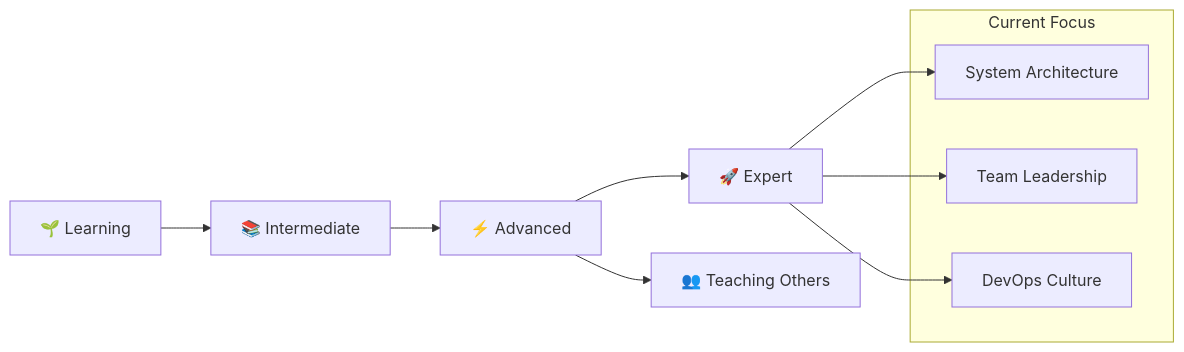
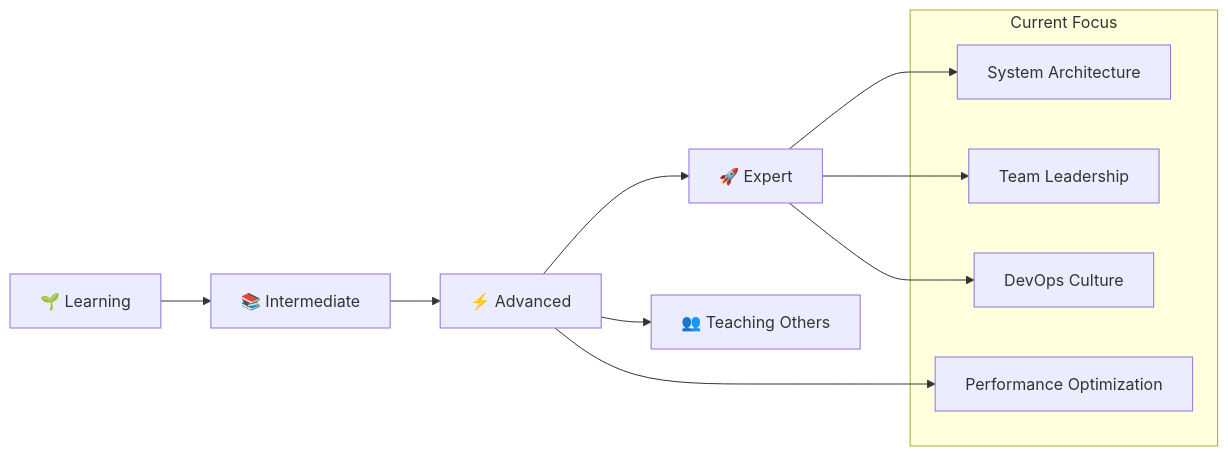
Before and after one commit to PHATCHARAPHON63/PHATCHARAPHON63: the diagram in README.md, drawn with Mermaid. The commit also changed other lines of this file, not shown here.

Commit message:
Enhance developer profile with detailed skills, achievements, and architecture examples (#1)

````diff
--- a/README.md
+++ b/README.md
@@ -172,17 +244,19 @@
 ```mermaid
 graph LR
     A[🌱 Learning] --> B[📚 Intermediate]
     B --> C[⚡ Advanced] 
     C --> D[🚀 Expert]
     C --> E[👥 Teaching Others]
     
     subgraph "Current Focus"
         F[System Architecture]
         G[Team Leadership]
         H[DevOps Culture]
+        I[Performance Optimization]
     end
     
     D --> F
     D --> G
     D --> H
+    C --> I
 ```
````
